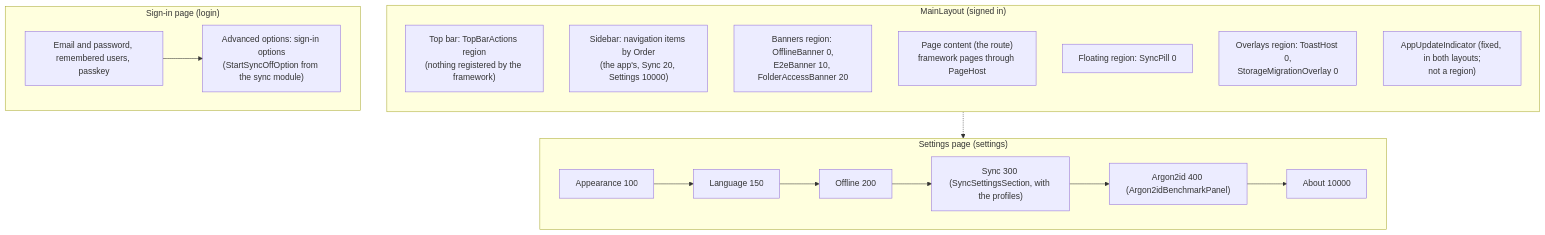
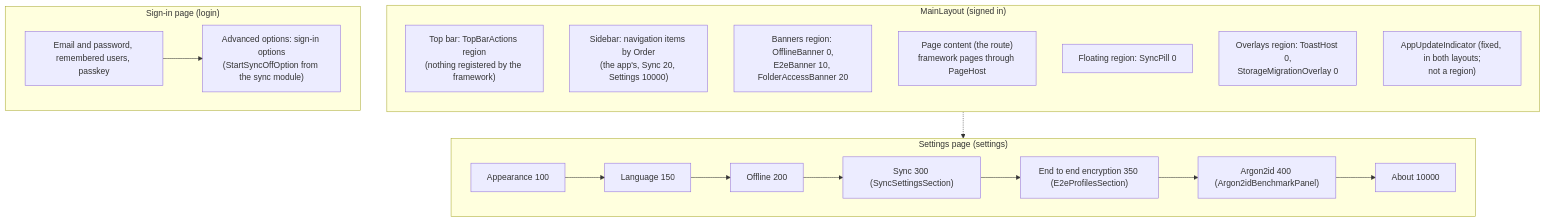
The first of 4 diagrams in docs/diagrams/extension-points.md (devoctomy/blazwiz), drawn with Mermaid before and after one commit. The commit also changed other lines of this file and 66 other files, not shown here.

````diff
--- a/docs/diagrams/extension-points.md
+++ b/docs/diagrams/extension-points.md
@@ -24,31 +24,32 @@
 ```mermaid
 flowchart TB
     subgraph Main["MainLayout (signed in)"]
         direction TB
         Top["Top bar: TopBarActions region<br/>(nothing registered by the framework)"]
         Side["Sidebar: navigation items by Order<br/>(the app's, Sync 20, Settings 10000)"]
         Banners["Banners region: OfflineBanner 0,<br/>E2eBanner 10, FolderAccessBanner 20"]
         Body["Page content (the route)<br/>framework pages through PageHost"]
         Floating["Floating region: SyncPill 0"]
         Overlays["Overlays region: ToastHost 0,<br/>StorageMigrationOverlay 0"]
         Update["AppUpdateIndicator (fixed, in both layouts;<br/>not a region)"]
     end
 
     subgraph SettingsPage["Settings page (settings)"]
         S1["Appearance 100"]
         S2["Language 150"]
         S3["Offline 200"]
-        S4["Sync 300 (SyncSettingsSection, with the profiles)"]
+        S4["Sync 300 (SyncSettingsSection)"]
+        S4b["End to end encryption 350 (E2eProfilesSection)"]
         S5["Argon2id 400 (Argon2idBenchmarkPanel)"]
         S6["About 10000"]
-        S1 --> S2 --> S3 --> S4 --> S5 --> S6
+        S1 --> S2 --> S3 --> S4 --> S4b --> S5 --> S6
     end
 
     subgraph LoginPage["Sign-in page (login)"]
         L1["Email and password, remembered users, passkey"]
         L2["Advanced options: sign-in options<br/>(StartSyncOffOption from the sync module)"]
         L1 --> L2
     end
 
     Body -.-> SettingsPage
 ```
````
